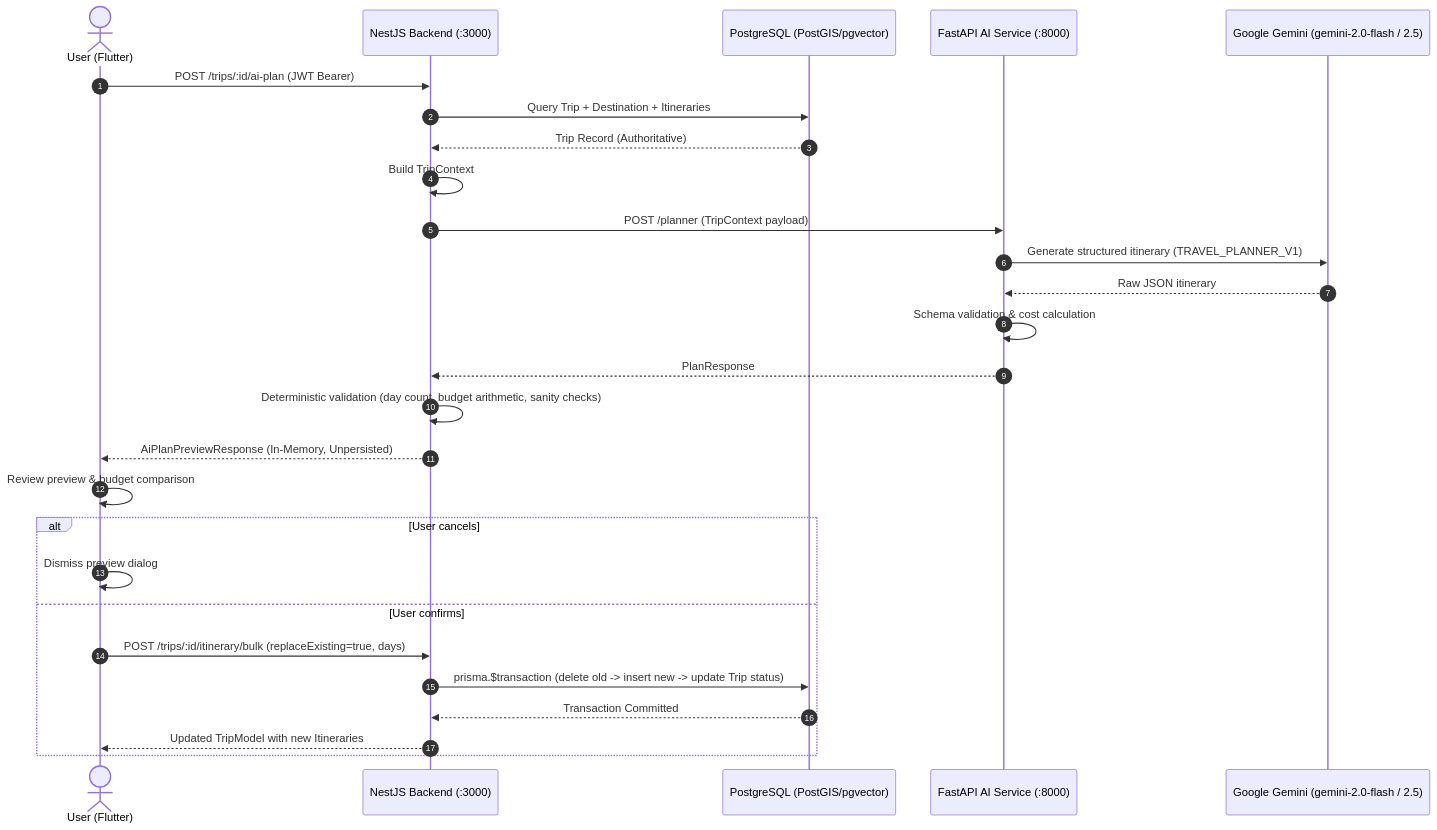
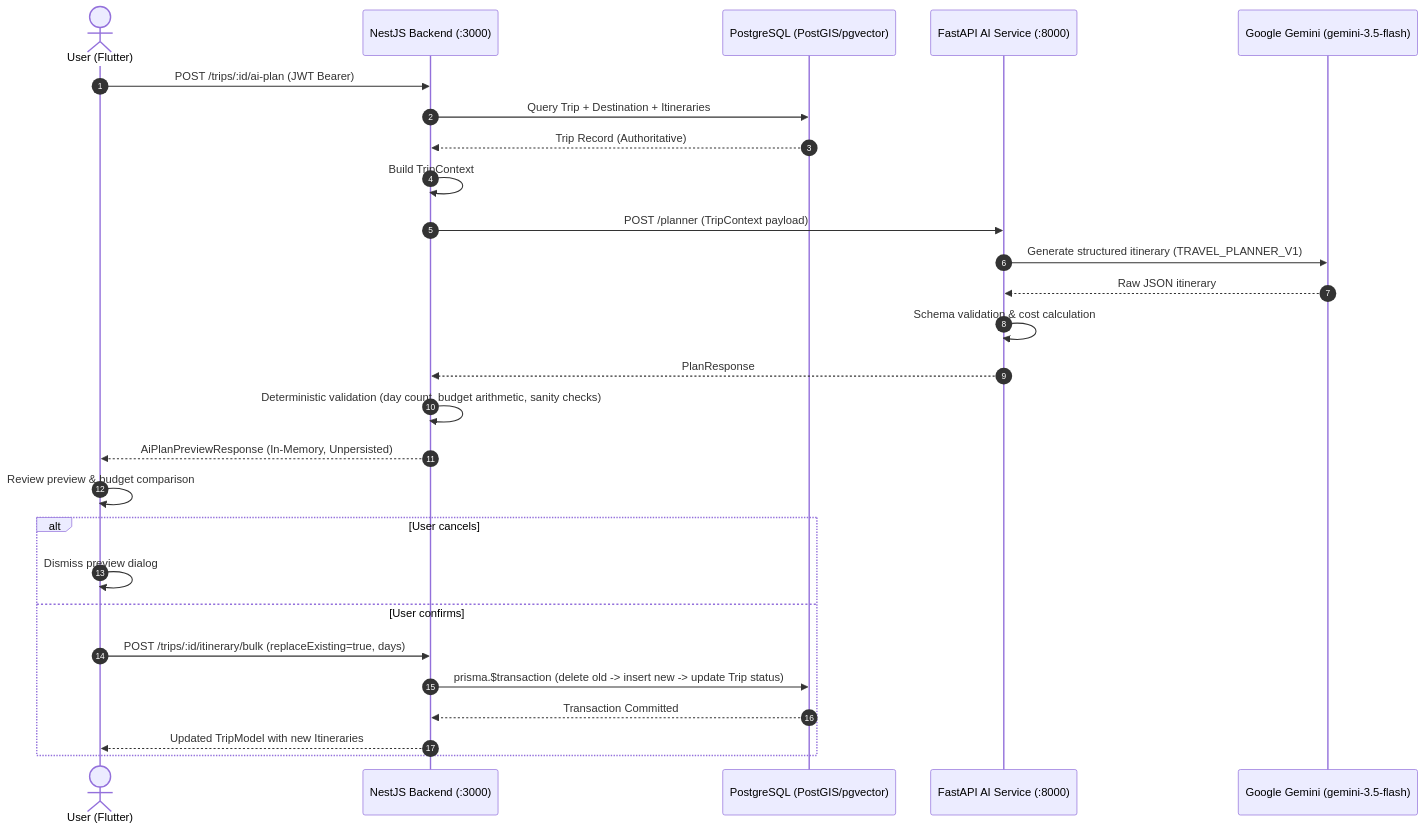
One commit to namnh102/wanderai changed the diagram in docs/api/ai-planner-api.md. Above: the diagram before and after it, drawn with Mermaid. The commit also changed other lines of this file and 9 other files, not shown here.

````diff
--- a/docs/api/ai-planner-api.md
+++ b/docs/api/ai-planner-api.md
@@ -18,31 +18,31 @@
 ```mermaid
 sequenceDiagram
     autonumber
     actor User as User (Flutter)
     participant Nest as NestJS Backend (:3000)
     participant DB as PostgreSQL (PostGIS/pgvector)
     participant AI as FastAPI AI Service (:8000)
-    participant LLM as Google Gemini (gemini-2.0-flash / 2.5)
+    participant LLM as Google Gemini (gemini-3.5-flash)
 
     User->>Nest: POST /trips/:id/ai-plan (JWT Bearer)
     Nest->>DB: Query Trip + Destination + Itineraries
     DB-->>Nest: Trip Record (Authoritative)
     Nest->>Nest: Build TripContext
     Nest->>AI: POST /planner (TripContext payload)
     AI->>LLM: Generate structured itinerary (TRAVEL_PLANNER_V1)
     LLM-->>AI: Raw JSON itinerary
     AI->>AI: Schema validation & cost calculation
     AI-->>Nest: PlanResponse
     Nest->>Nest: Deterministic validation (day count, budget arithmetic, sanity checks)
     Nest-->>User: AiPlanPreviewResponse (In-Memory, Unpersisted)
     
     User->>User: Review preview & budget comparison
     alt User cancels
         User->>User: Dismiss preview dialog
     else User confirms
         User->>Nest: POST /trips/:id/itinerary/bulk (replaceExisting=true, days)
         Nest->>DB: prisma.$transaction (delete old -> insert new -> update Trip status)
         DB-->>Nest: Transaction Committed
         Nest-->>User: Updated TripModel with new Itineraries
     end
 ```
````
